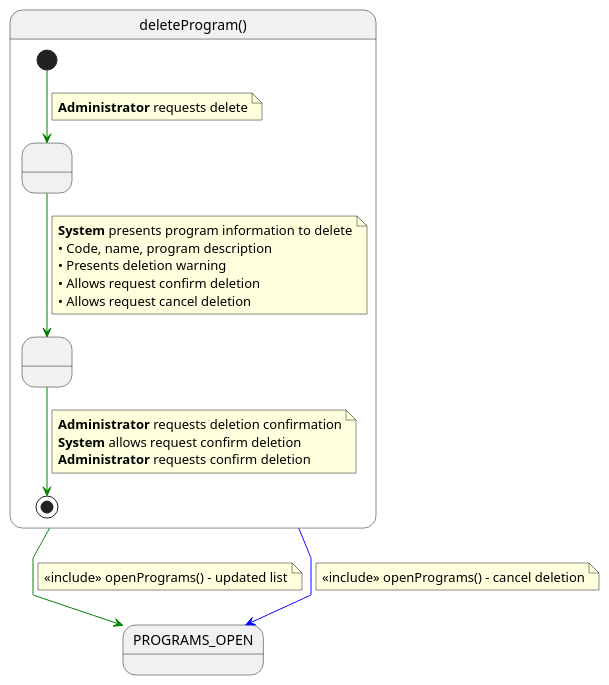
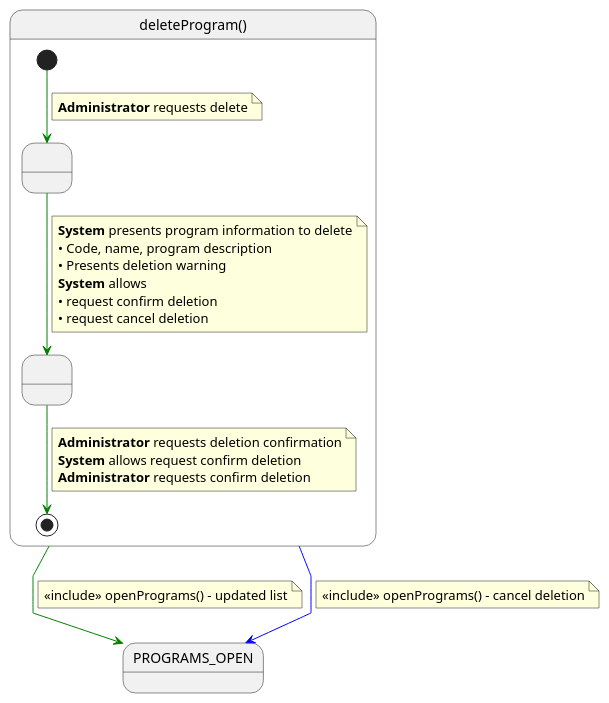
Before and after one commit to mmasias/pySigHor: the diagram in RUP/00-casos-uso/02-detalle/deleteProgram/especificacion.puml, drawn with PlantUML. The commit also changed 77 other files, not shown here.

```diff
--- a/RUP/00-casos-uso/02-detalle/deleteProgram/especificacion.puml
+++ b/RUP/00-casos-uso/02-detalle/deleteProgram/especificacion.puml
@@ -1,42 +1,43 @@
 @startuml deleteProgram
 
 skinparam linetype polyline
 
 state deleteProgram as "deleteProgram()" {
 
     state " " as ConfirmingDeletion
     state " " as DeletingProgram
 
     [*] -[#green]-> ConfirmingDeletion 
     note on link
     <b>Administrator</b> requests delete
     end note    
     
     ConfirmingDeletion -[#green]-> DeletingProgram
     note on link
     <b>System</b> presents program information to delete
     • Code, name, program description
     • Presents deletion warning
-    • Allows request confirm deletion
-    • Allows request cancel deletion
+    <b>System</b> allows
+    • request confirm deletion
+    • request cancel deletion
     end note
     
     DeletingProgram -[#green]-> [*]
     note on link
     <b>Administrator</b> requests deletion confirmation
     <b>System</b> allows request confirm deletion
     <b>Administrator</b> requests confirm deletion
     end note
 }
 
 deleteProgram -[#green]-> PROGRAMS_OPEN
 note on link
 <<include>> openPrograms() - updated list
 end note
 
 deleteProgram -[#blue]-> PROGRAMS_OPEN
 note on link
 <<include>> openPrograms() - cancel deletion
 end note
 
 @enduml
```
